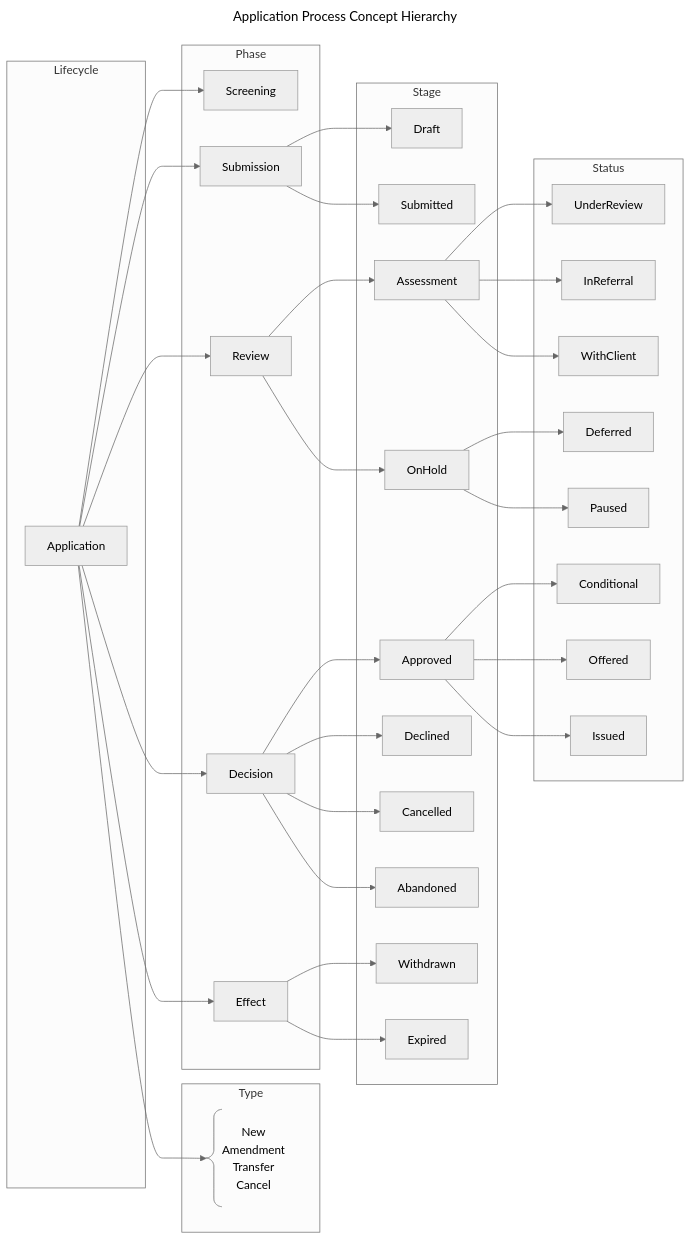
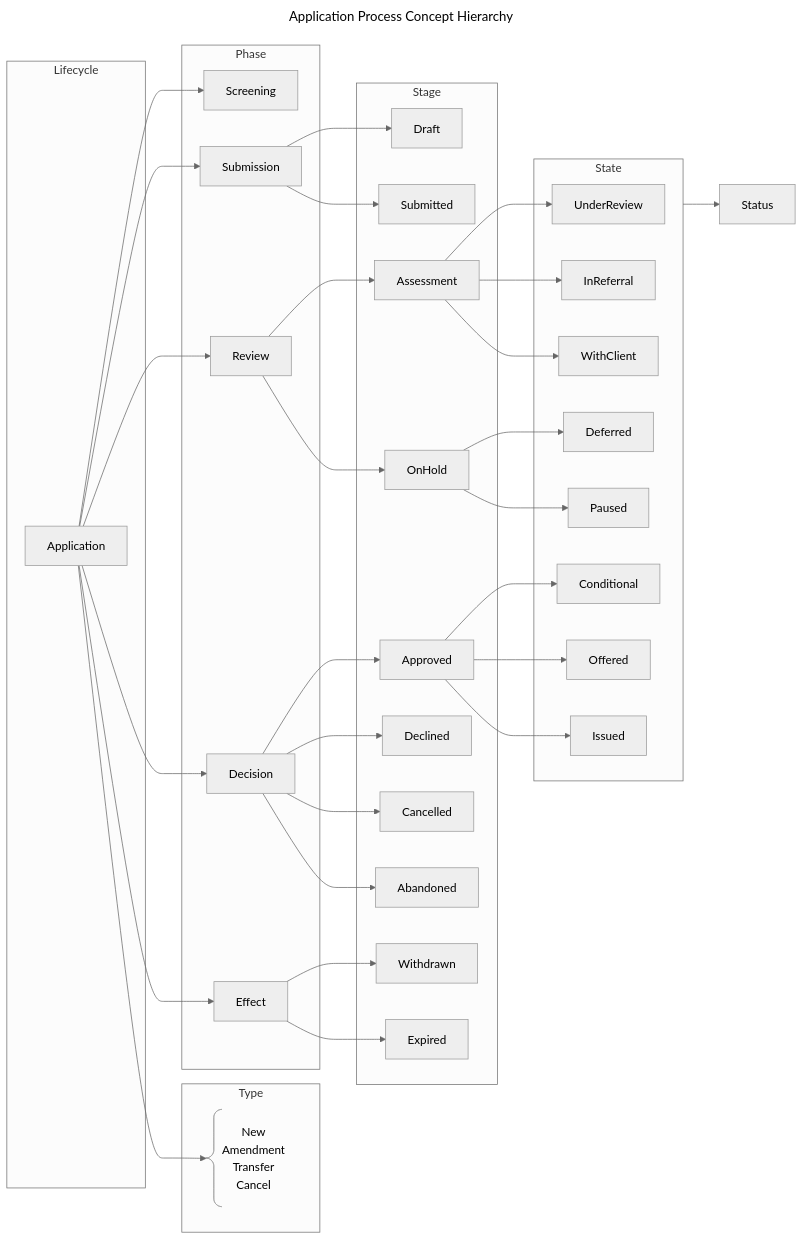
One commit to bcgov/nr-pies changed the first of 2 diagrams in docs/spec/concept/process_tracking.md. Above: the diagram before and after it, drawn with Mermaid (neutral theme). The commit also changed 6 other files, not shown here.

````diff
--- a/docs/spec/concept/process_tracking.md
+++ b/docs/spec/concept/process_tracking.md
@@ -21,77 +21,79 @@
 ```mermaid
 ---
 title: Application Process Concept Hierarchy
 ---
 flowchart LR
   AppType@{ shape: comment, label: "New
   Amendment
   Transfer
   Cancel" }
 
   Application --> Screening
   Application --> Submission
   Application --> Review
   Application --> Decision
   Application --> Effect
   Application --> AppType
 
   Submission --> Draft
   Submission --> Submitted
   Review --> Assessment
   Review --> OnHold
   Decision --> Approved
   Decision --> Declined
   Decision --> Cancelled
   Decision --> Abandoned
   Effect --> Withdrawn
   Effect --> Expired
 
   Assessment --> UnderReview
   Assessment --> InReferral
   Assessment --> WithClient
   OnHold --> Deferred
   OnHold --> Paused
   Approved --> Conditional
   Approved --> Offered
   Approved --> Issued
 
+  State --> Status
+
   subgraph Lifecycle
     Application
   end
 
   subgraph Type
     AppType
   end
 
   subgraph Phase
     Screening
     Submission
     Review
     Decision
     Effect
   end
 
   subgraph Stage
     Draft
     Submitted
     Assessment
     OnHold
     Approved
     Declined
     Cancelled
     Abandoned
     Withdrawn
     Expired
   end
 
-  subgraph Status
+  subgraph State
     UnderReview
     InReferral
     WithClient
     Deferred
     Paused
     Conditional
     Offered
     Issued
   end
 ```
````
